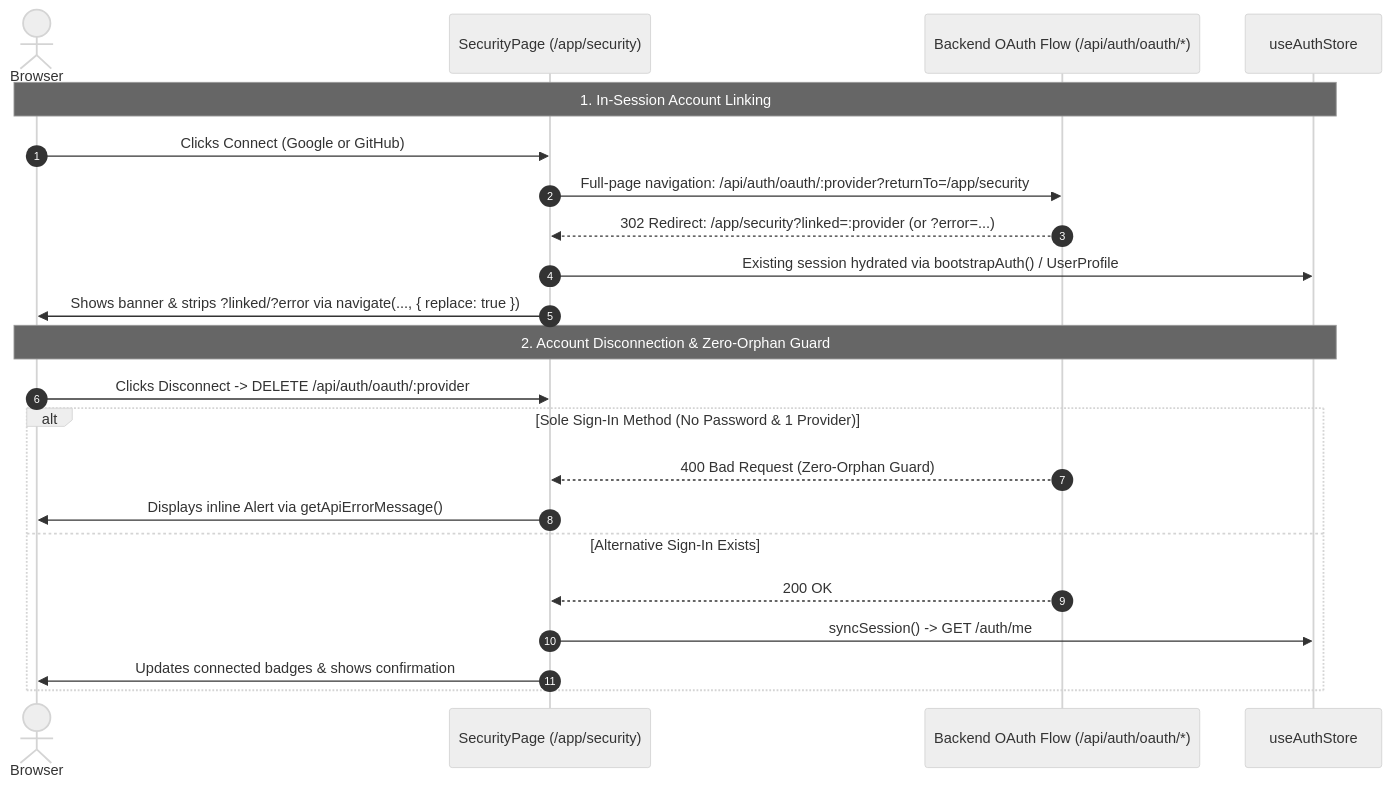
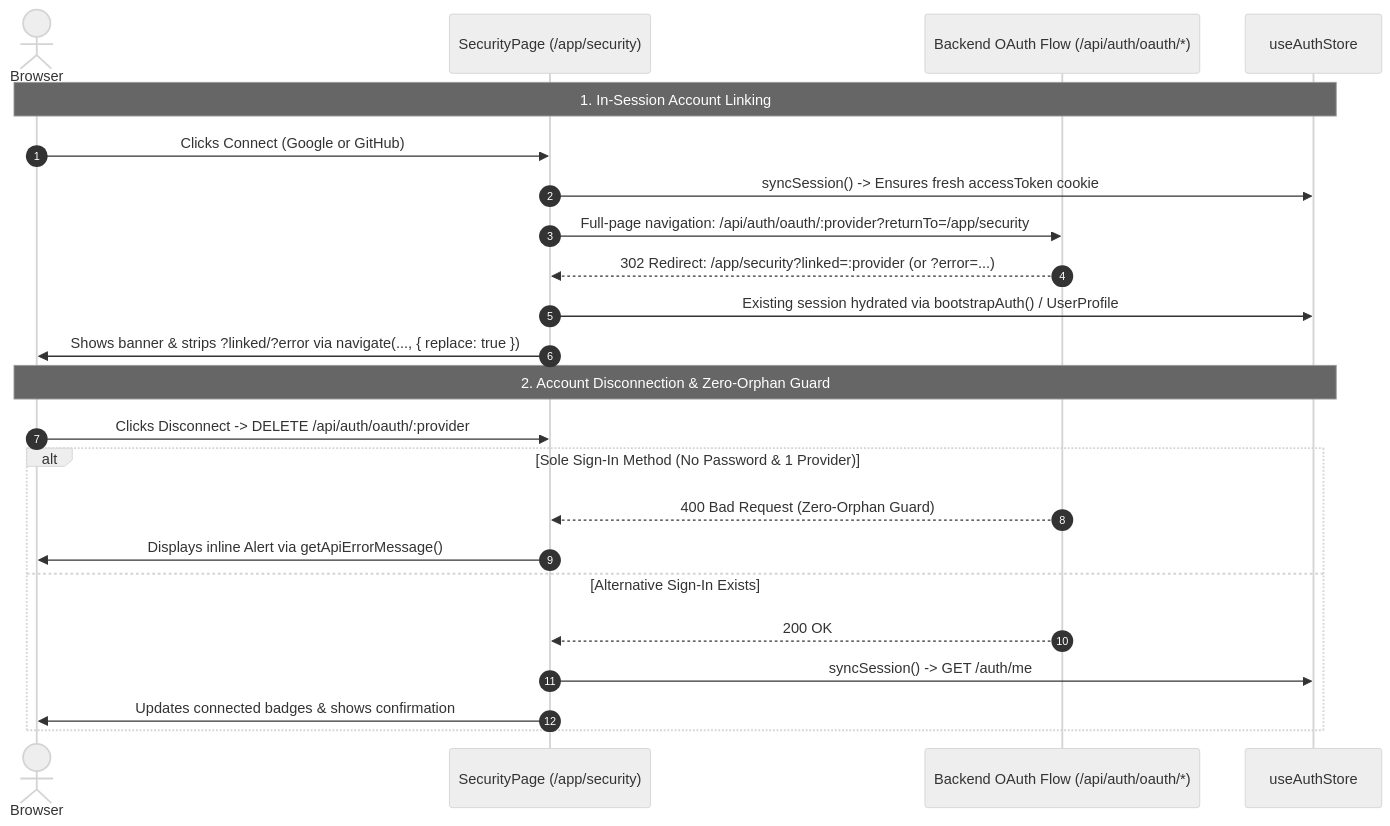
Before and after one commit to utkarshj014/authsphere: the eighth of 9 diagrams in docs/FRONTEND_ARCHITECTURE.md, drawn with Mermaid (neutral theme). The commit also changed other lines of this file and 5 other files, not shown here.

````diff
--- a/docs/FRONTEND_ARCHITECTURE.md
+++ b/docs/FRONTEND_ARCHITECTURE.md
@@ -363,26 +362,27 @@
 ```mermaid
 sequenceDiagram
     autonumber
     actor User as Browser
     participant Sec as SecurityPage (/app/security)
     participant Backend as Backend OAuth Flow (/api/auth/oauth/*)
     participant Store as useAuthStore
 
     Note over User, Store: 1. In-Session Account Linking
     User->>Sec: Clicks Connect (Google or GitHub)
+    Sec->>Store: syncSession() -> Ensures fresh accessToken cookie
     Sec->>Backend: Full-page navigation: /api/auth/oauth/:provider?returnTo=/app/security
     Backend-->>Sec: 302 Redirect: /app/security?linked=:provider (or ?error=...)
     Sec->>Store: Existing session hydrated via bootstrapAuth() / UserProfile
     Sec->>User: Shows banner & strips ?linked/?error via navigate(..., { replace: true })
 
     Note over User, Store: 2. Account Disconnection & Zero-Orphan Guard
     User->>Sec: Clicks Disconnect -> DELETE /api/auth/oauth/:provider
     alt Sole Sign-In Method (No Password & 1 Provider)
         Backend-->>Sec: 400 Bad Request (Zero-Orphan Guard)
         Sec->>User: Displays inline Alert via getApiErrorMessage()
     else Alternative Sign-In Exists
         Backend-->>Sec: 200 OK
         Sec->>Store: syncSession() -> GET /auth/me
         Sec->>User: Updates connected badges & shows confirmation
     end
 ```
````
